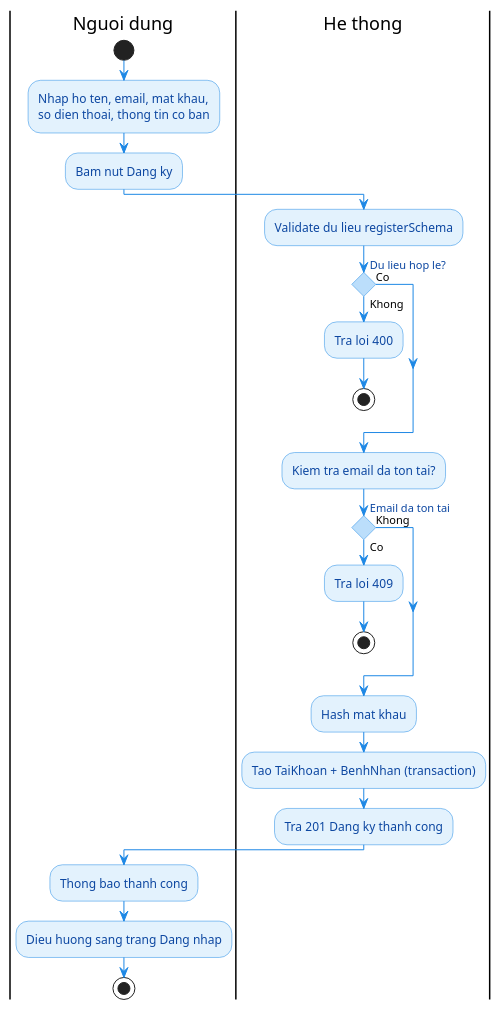
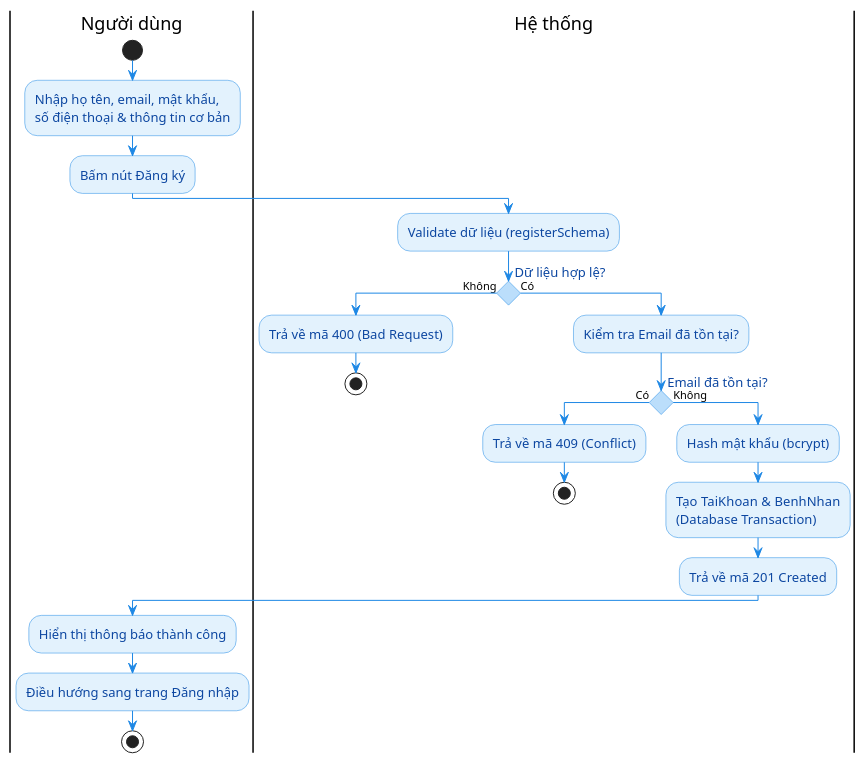
One commit to yqhuouc/HealthCare changed the diagram in server/doc/diagrams/ACT_05_DangKyTaiKhoan.puml. Above: the diagram before and after it, drawn with PlantUML. The commit also changed 41 other files, not shown here.

Commit message:
feat: implement authentication system with password reset functionality and add project architecture documentation

```diff
--- a/server/doc/diagrams/ACT_05_DangKyTaiKhoan.puml
+++ b/server/doc/diagrams/ACT_05_DangKyTaiKhoan.puml
@@ -1,48 +1,47 @@
 @startuml Activity_DangKyTaiKhoan
 
 skinparam shadowing false
 skinparam backgroundColor white
 skinparam conditionStyle diamond
 skinparam ConditionEndStyle hline
 
 skinparam activity {
   BackgroundColor #E3F2FD
   BorderColor #1E88E5
   FontColor #0D47A1
-  RoundCorner 15
+  FontSize 13
+  RoundCorner 20
 }
 
 skinparam activityDiamondBackgroundColor #BBDEFB
 skinparam activityDiamondBorderColor #1E88E5
 skinparam activityDiamondFontColor #0D47A1
 skinparam ArrowColor #1E88E5
 
-|Nguoi dung|
+|Người dùng|
 start
-:Nhap ho ten, email, mat khau,\nso dien thoai, thong tin co ban;
-:Bam nut Dang ky;
+:Nhập họ tên, email, mật khẩu,\nsố điện thoại & thông tin cơ bản;
+:Bấm nút Đăng ký;
 
-|He thong|
-:Validate du lieu registerSchema;
-if (Du lieu hop le?) then (Khong)
-  :Tra loi 400;
+|Hệ thống|
+:Validate dữ liệu (registerSchema);
+if (Dữ liệu hợp lệ?) then (Không)
+  :Trả về mã 400 (Bad Request);
   stop
-else (Co)
+else (Có)
+  :Kiểm tra Email đã tồn tại?;
+  if (Email đã tồn tại?) then (Có)
+    :Trả về mã 409 (Conflict);
+    stop
+  else (Không)
+    :Hash mật khẩu (bcrypt);
+    :Tạo TaiKhoan & BenhNhan\n(Database Transaction);
+    :Trả về mã 201 Created;
+  endif
 endif
 
-:Kiem tra email da ton tai?;
-if (Email da ton tai) then (Co)
-  :Tra loi 409;
-  stop
-else (Khong)
-endif
-
-:Hash mat khau;
-:Tao TaiKhoan + BenhNhan (transaction);
-:Tra 201 Dang ky thanh cong;
-
-|Nguoi dung|
-:Thong bao thanh cong;
-:Dieu huong sang trang Dang nhap;
+|Người dùng|
+:Hiển thị thông báo thành công;
+:Điều hướng sang trang Đăng nhập;
 stop
 @enduml
```
